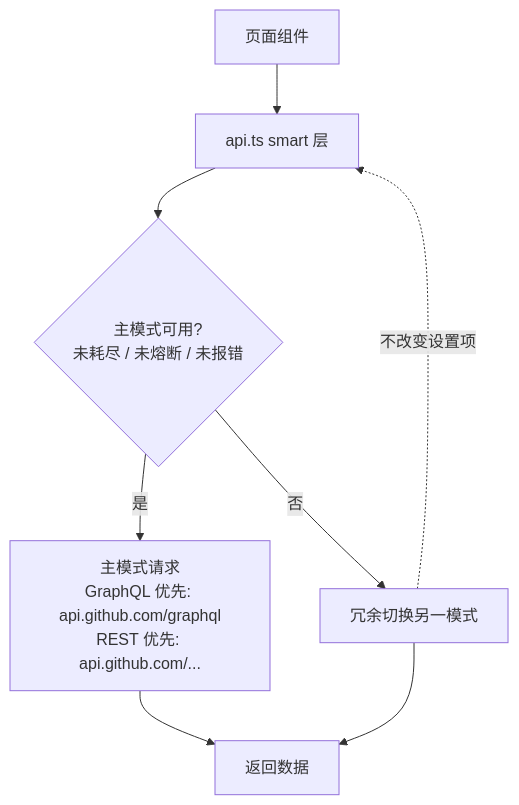
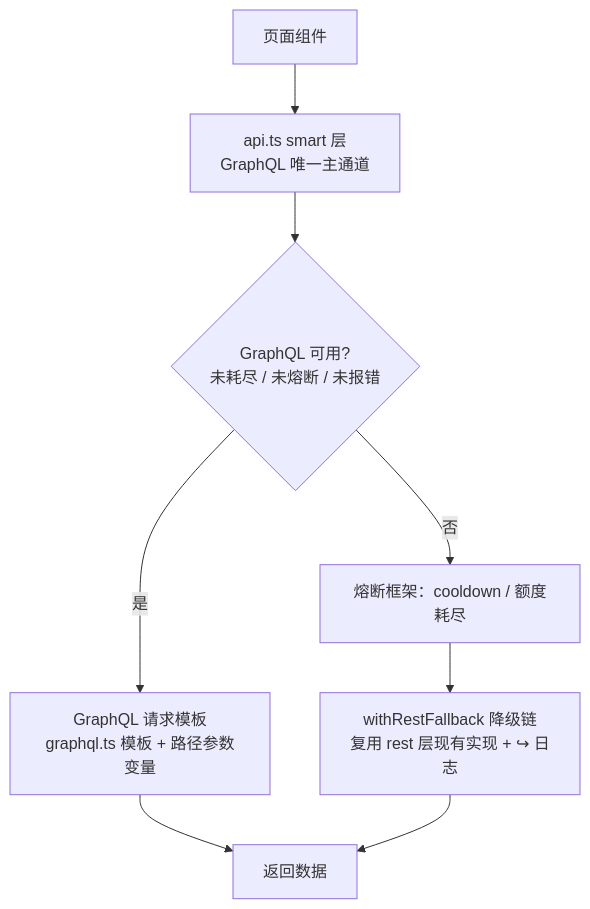
One commit to evil7/pureGit changed the second of 5 diagrams in docs/architecture.md. Above: the diagram before and after it, drawn with Mermaid. The commit also changed other lines of this file and 15 other files, not shown here.

First line of the commit message:
feat(api): GraphQL 唯一主通道 + withRestFallback 熔断降级 + 统一日志

````diff
--- a/docs/architecture.md
+++ b/docs/architecture.md
@@ -128,10 +137,10 @@
 ```mermaid
 flowchart TD
-    A[页面组件] --> B[api.ts smart 层]
-    B --> C{主模式可用?<br/>未耗尽 / 未熔断 / 未报错}
-    C -->|是| D[主模式请求<br/>GraphQL 优先: api.github.com/graphql<br/>REST 优先: api.github.com/...]
-    C -->|否| E[冗余切换另一模式]
-    D --> F[返回数据]
-    E --> F
-    E -.->|不改变设置项| B
+    A[页面组件] --> B[api.ts smart 层<br/>GraphQL 唯一主通道]
+    B --> C{GraphQL 可用?<br/>未耗尽 / 未熔断 / 未报错}
+    C -->|是| D[GraphQL 请求模板<br/>graphql.ts 模板 + 路径参数变量]
+    C -->|否| E[熔断框架：cooldown / 额度耗尽]
+    E --> F[withRestFallback 降级链<br/>复用 rest 层现有实现 + ↪ 日志]
+    D --> G[返回数据]
+    F --> G
 ```
````
